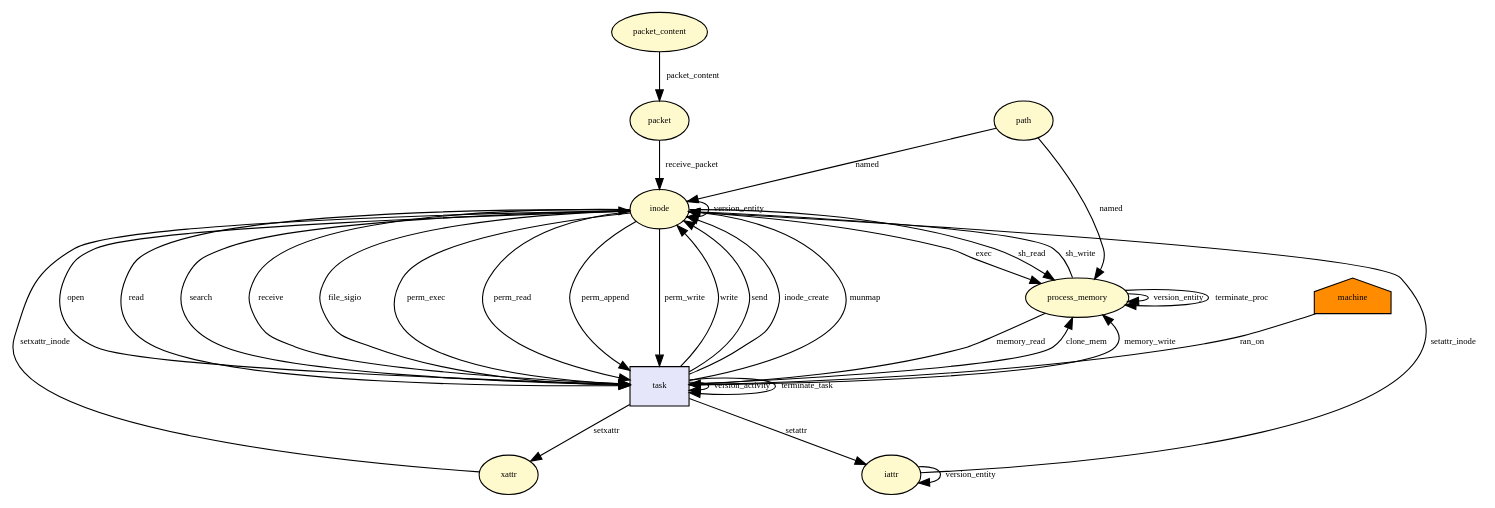
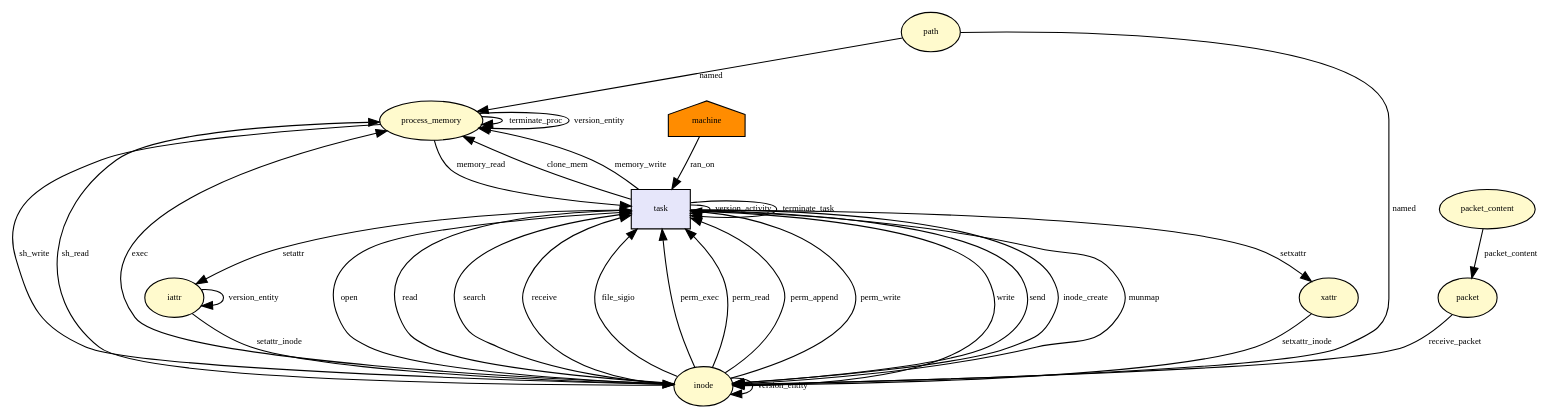
The diagram in docs/dot/__x64_sys_execve.dot (CamFlow/camflow-dev), drawn with Graphviz before and after one commit. The commit also changed 408 other files, not shown here.

```diff
--- a/docs/dot/__x64_sys_execve.dot
+++ b/docs/dot/__x64_sys_execve.dot
@@ -1,87 +1,87 @@
-digraph RGL__DirectedAdjacencyGraph {path[fontsize = 8,label = path,shape = ellipse, fillcolor="#fffacd", style = filled]
-
-inode[fontsize = 8,label = inode,shape = ellipse, fillcolor="#fffacd", style = filled]
-
-path -> inode[fontsize = 8,label = named]
-
-process_memory[fontsize = 8,label = process_memory,shape = ellipse, fillcolor="#fffacd", style = filled]
-
-inode -> process_memory[fontsize = 8,label = exec]
-
-process_memory -> process_memory[fontsize = 8,label = version_entity]
+digraph RGL__DirectedAdjacencyGraph {process_memory[fontsize = 8,label = process_memory,shape = ellipse, fillcolor="#fffacd", style = filled]
 
 process_memory -> process_memory[fontsize = 8,label = terminate_proc]
 
 task[fontsize = 8,label = task,shape = rectangle, fillcolor="#e6e6fa", style = filled]
 
 process_memory -> task[fontsize = 8,label = memory_read]
 
 task -> process_memory[fontsize = 8,label = clone_mem]
 
 task -> task[fontsize = 8,label = version_activity]
 
+process_memory -> process_memory[fontsize = 8,label = version_entity]
+
+inode[fontsize = 8,label = inode,shape = ellipse, fillcolor="#fffacd", style = filled]
+
 inode -> process_memory[fontsize = 8,label = sh_read]
+
+path[fontsize = 8,label = path,shape = ellipse, fillcolor="#fffacd", style = filled]
 
 path -> process_memory[fontsize = 8,label = named]
 
 machine[fontsize = 8,label = machine,shape = house, fillcolor="#ff8c00", style = filled]
 
 machine -> task[fontsize = 8,label = ran_on]
+
+path -> inode[fontsize = 8,label = named]
 
 inode -> task[fontsize = 8,label = open]
 
 task -> process_memory[fontsize = 8,label = memory_write]
 
 process_memory -> inode[fontsize = 8,label = sh_write]
 
 inode -> inode[fontsize = 8,label = version_entity]
 
 task -> inode[fontsize = 8,label = write]
 
 inode -> task[fontsize = 8,label = read]
 
 inode -> task[fontsize = 8,label = search]
 
 task -> inode[fontsize = 8,label = send]
 
 inode -> task[fontsize = 8,label = receive]
+
+inode -> process_memory[fontsize = 8,label = exec]
 
 inode -> task[fontsize = 8,label = file_sigio]
 
 task -> inode[fontsize = 8,label = inode_create]
 
 inode -> task[fontsize = 8,label = perm_exec]
 
 inode -> task[fontsize = 8,label = perm_read]
 
 inode -> task[fontsize = 8,label = perm_append]
 
 inode -> task[fontsize = 8,label = perm_write]
 
 xattr[fontsize = 8,label = xattr,shape = ellipse, fillcolor="#fffacd", style = filled]
 
 task -> xattr[fontsize = 8,label = setxattr]
 
 xattr -> inode[fontsize = 8,label = setxattr_inode]
 
 iattr[fontsize = 8,label = iattr,shape = ellipse, fillcolor="#fffacd", style = filled]
 
 task -> iattr[fontsize = 8,label = setattr]
 
 iattr -> iattr[fontsize = 8,label = version_entity]
 
 iattr -> inode[fontsize = 8,label = setattr_inode]
 
 task -> inode[fontsize = 8,label = munmap]
 
 packet_content[fontsize = 8,label = packet_content,shape = ellipse, fillcolor="#fffacd", style = filled]
 
 packet[fontsize = 8,label = packet,shape = ellipse, fillcolor="#fffacd", style = filled]
 
 packet_content -> packet[fontsize = 8,label = packet_content]
 
 packet -> inode[fontsize = 8,label = receive_packet]
 
 task -> task[fontsize = 8,label = terminate_task]
 
 }
```
